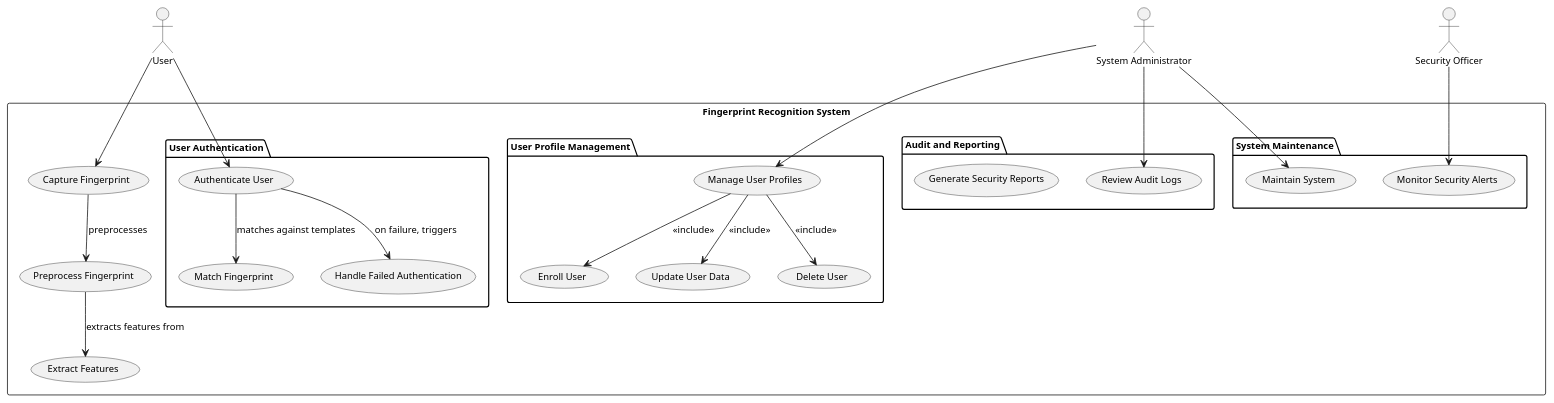
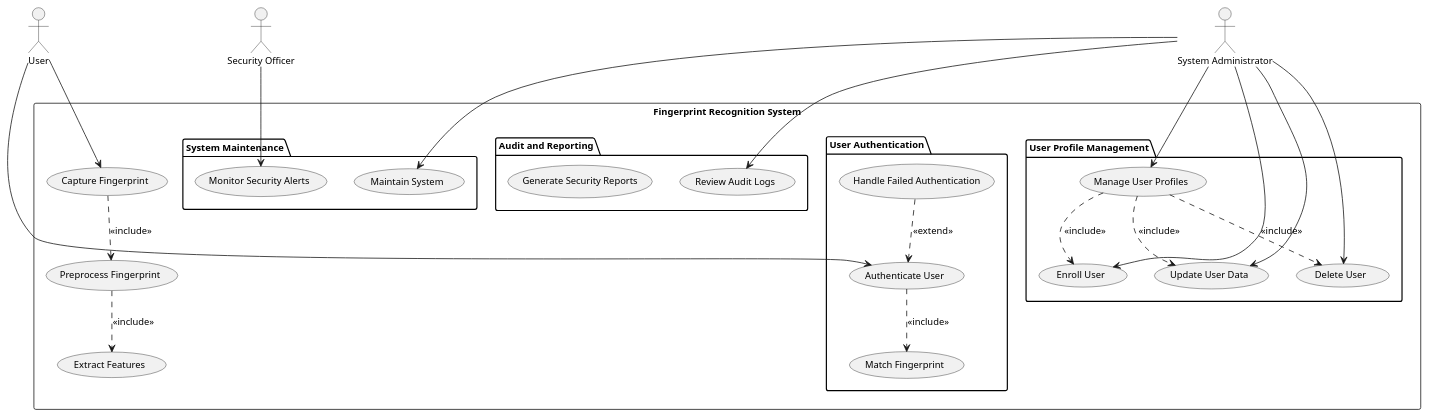
One commit to SkyTech131/Software-and-System-Developement changed the diagram in Lab 3/Use Case Diagram.puml. Above: the diagram before and after it, drawn with PlantUML.

Commit message:
Final ver of Use Case Diagram

```diff
--- a/Lab 3/Use Case Diagram.puml
+++ b/Lab 3/Use Case Diagram.puml
@@ -1,58 +1,65 @@
 @startuml
 skinparam defaultFontName "Arial"
 skinparam defaultFontSize 12
 
 actor "User" as user
 actor "System Administrator" as admin
 actor "Security Officer" as secOfficer
 
 rectangle "Fingerprint Recognition System" {
   usecase "Capture Fingerprint" as UC1
   usecase "Preprocess Fingerprint" as UC1a
   usecase "Extract Features" as UC1b
   
   package "User Profile Management" {
     usecase "Manage User Profiles" as UC4
     usecase "Enroll User" as UC2
     usecase "Update User Data" as UC4a
     usecase "Delete User" as UC4b
   }
   
   package "User Authentication" {
     usecase "Authenticate User" as UC3
     usecase "Match Fingerprint" as UC3a
     usecase "Handle Failed Authentication" as UC3b
   }
   
   package "Audit and Reporting" {
     usecase "Review Audit Logs" as UC5
     usecase "Generate Security Reports" as UC5a
   }
   
   package "System Maintenance" {
     usecase "Maintain System" as UC6
     usecase "Monitor Security Alerts" as UC6a
   }
 }
 
 ' --- Actors ---
 user --> UC1
 user --> UC3
 
 admin --> UC4
+admin --> UC2
+admin --> UC4a
+admin --> UC4b
 admin --> UC5
 admin --> UC6
 
 secOfficer --> UC6a
 
 ' --- Relationships Between Use Cases ---
-UC1 --> UC1a : "preprocesses"
-UC1a --> UC1b : "extracts features from"
-UC3 --> UC3a : "matches against templates"
-UC3 --> UC3b : "on failure, triggers"
+' Common fingerprint processing pipeline
+UC1 ..> UC1a : <<include>>
+UC1a ..> UC1b : <<include>>
 
-UC4 --> UC2 : <<include>>
-UC4 --> UC4a : <<include>>
-UC4 --> UC4b : <<include>>
+' Authentication flow
+UC3 ..> UC3a : <<include>>
+UC3b ..> UC3 : <<extend>>
+
+' User Profile Management flow
+UC4 ..> UC2 : <<include>>
+UC4 ..> UC4a : <<include>>
+UC4 ..> UC4b : <<include>>
 
 @enduml
```
